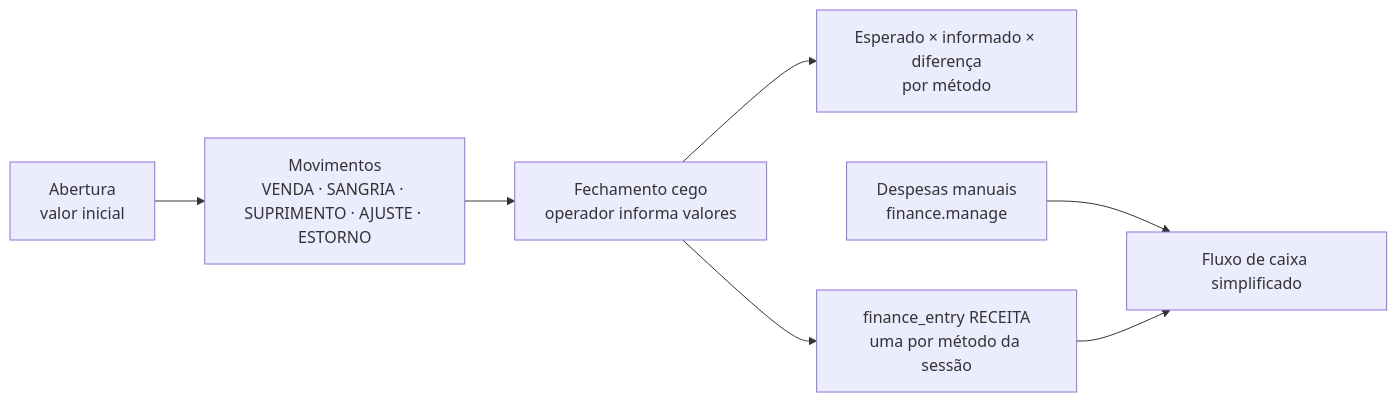
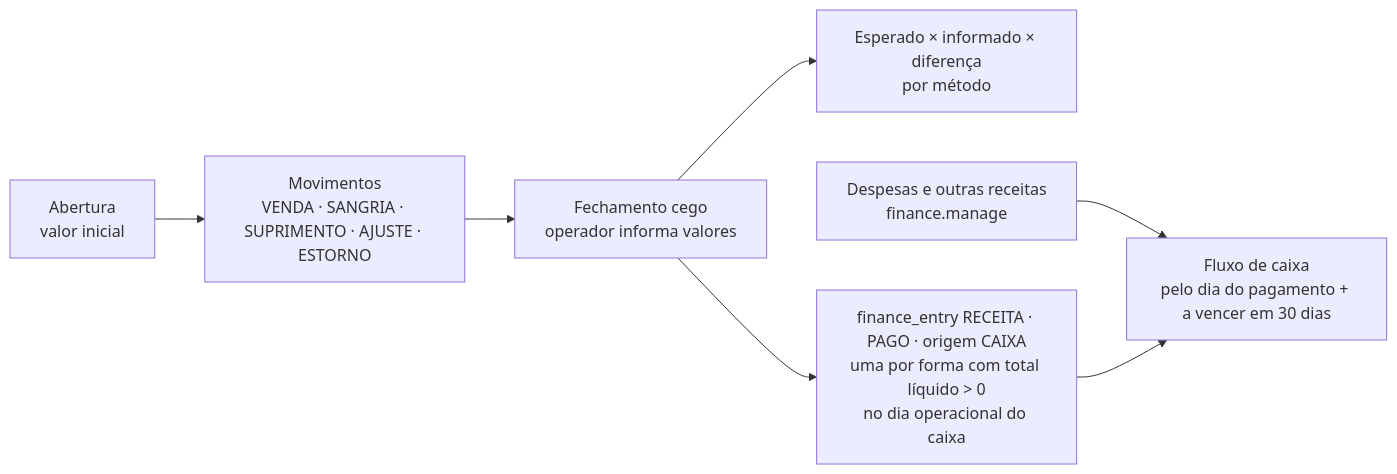
Before and after one commit to marlonerick/erp-mesa-restaurante: the second of 3 diagrams in maps/financial/fluxo-caixa-e-financeiro.md, drawn with Mermaid. The commit also changed other lines of this file and 78 other files, not shown here.

````diff
--- a/maps/financial/fluxo-caixa-e-financeiro.md
+++ b/maps/financial/fluxo-caixa-e-financeiro.md
@@ -23,9 +23,9 @@
 ```mermaid
 flowchart LR
   AB[Abertura<br/>valor inicial] --> MOV[Movimentos<br/>VENDA · SANGRIA · SUPRIMENTO · AJUSTE · ESTORNO]
   MOV --> FC[Fechamento cego<br/>operador informa valores]
   FC --> DIV[Esperado × informado × diferença<br/>por método]
-  FC --> FIN[finance_entry RECEITA<br/>uma por método da sessão]
-  DESP[Despesas manuais<br/>finance.manage] --> FLX[Fluxo de caixa simplificado]
+  FC --> FIN[finance_entry RECEITA · PAGO · origem CAIXA<br/>uma por forma com total líquido > 0<br/>no dia operacional do caixa]
+  DESP[Despesas e outras receitas<br/>finance.manage] --> FLX[Fluxo de caixa<br/>pelo dia do pagamento + a vencer em 30 dias]
   FIN --> FLX
 ```
````
